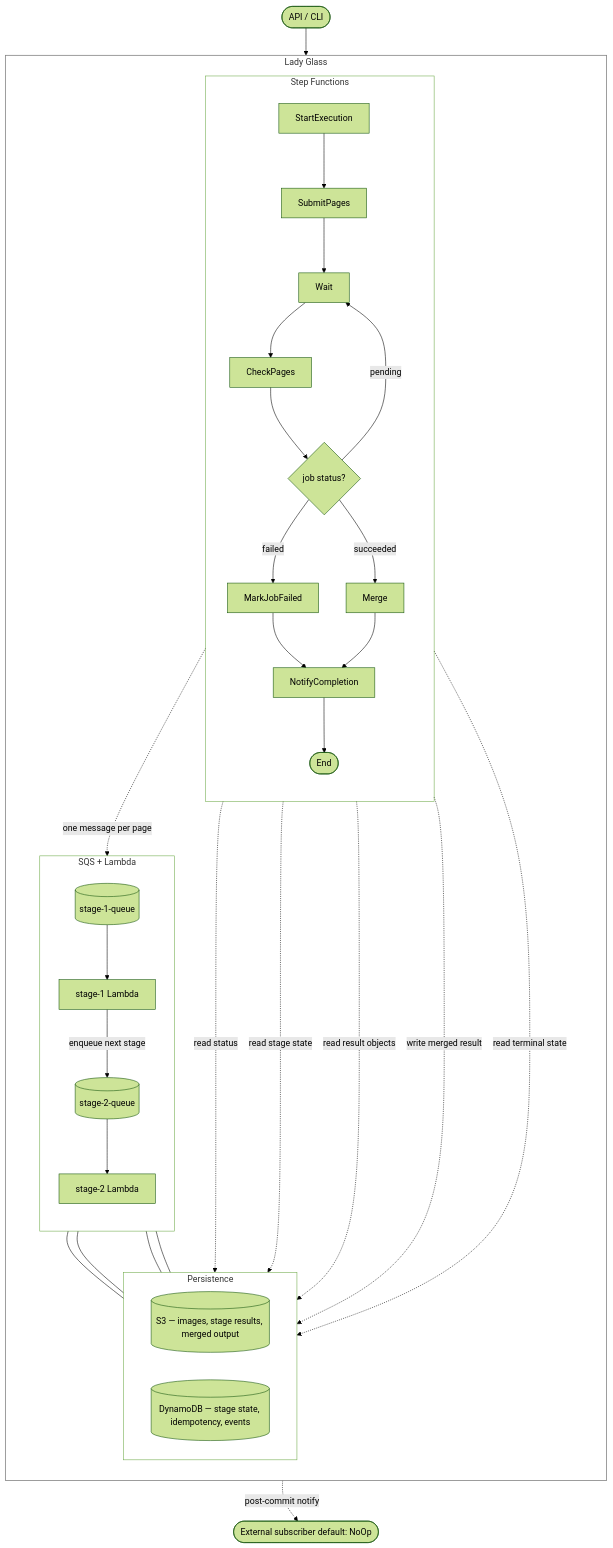
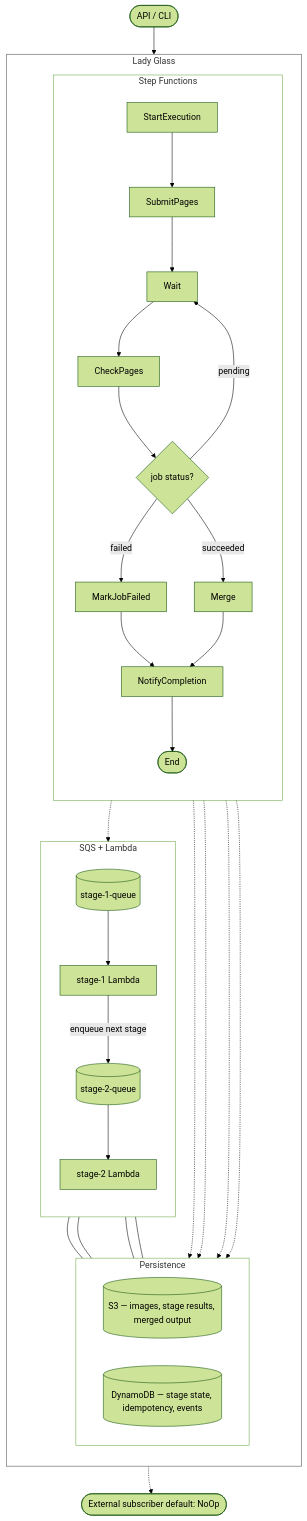
One commit to keix/lady-glass changed the diagram in README.md. Above: the diagram before and after it, drawn with Mermaid (forest theme).

Commit message:
README: drop labels on the SFN → S3/DDB dotted arrows
The seven descriptive labels ("read status", "read stage state",
"read result objects", "write merged result", "read terminal state",
"one message per page", "post-commit notify") piled up on the right
side of the render and forced Persistence out of position. Stripping
the labels keeps the arrows themselves so the "SFN touches S3/DDB"
fact is still visible; the "who reads what and who writes what"
detail lives in the prose below the diagram. Merge's two S3 edges
(read + write) collapse into one since the read/write direction is
not carried without the labels anyway.

````diff
--- a/README.md
+++ b/README.md
@@ -19,57 +19,56 @@
 ```mermaid
 flowchart TB
     User([API / CLI]) --> StartExec[StartExecution]
 
     subgraph LG["Lady Glass"]
         direction TB
 
         subgraph SFN["Step Functions"]
             direction TB
             StartExec --> SubmitPages
             SubmitPages --> WaitLoop[Wait]
             WaitLoop --> CheckPages
             CheckPages --> Choice{job status?}
             Choice -- pending --> WaitLoop
             Choice -- failed --> MarkFailed[MarkJobFailed]
             Choice -- succeeded --> Merge
             MarkFailed --> Notify[NotifyCompletion]
             Merge --> Notify
             Notify --> Done([End])
         end
 
         subgraph CHAIN["SQS + Lambda"]
             direction TB
             Q1[(stage-1-queue)] --> L1[stage-1 Lambda]
             L1 -- enqueue next stage --> Q2[(stage-2-queue)]
             Q2 --> L2[stage-2 Lambda]
         end
 
         subgraph PERSIST["Persistence"]
             direction LR
             S3[(S3 — images, stage results, merged output)]
             DDB[(DynamoDB — stage state, idempotency, events)]
         end
     end
 
     Subscriber([External subscriber default: NoOp])
 
-    SubmitPages -. one message per page .-> Q1
-    CheckPages -. read status .-> DDB
-    Merge -. read stage state .-> DDB
-    Merge -. read result objects .-> S3
-    Merge -. write merged result .-> S3
-    Notify -. read terminal state .-> DDB
-    Notify -. post-commit notify .-> Subscriber
+    SubmitPages -.-> Q1
+    CheckPages -.-> DDB
+    Merge -.-> DDB
+    Merge -.-> S3
+    Notify -.-> DDB
+    Notify -.-> Subscriber
 
     L1 --- S3
     L1 --- DDB
     L2 --- S3
     L2 --- DDB
 
     Done ~~~ Subscriber
 
     style LG fill:none,stroke:#888,stroke-width:1.5px
     style SFN fill:none
     style CHAIN fill:none
     style PERSIST fill:none
 ```
````
